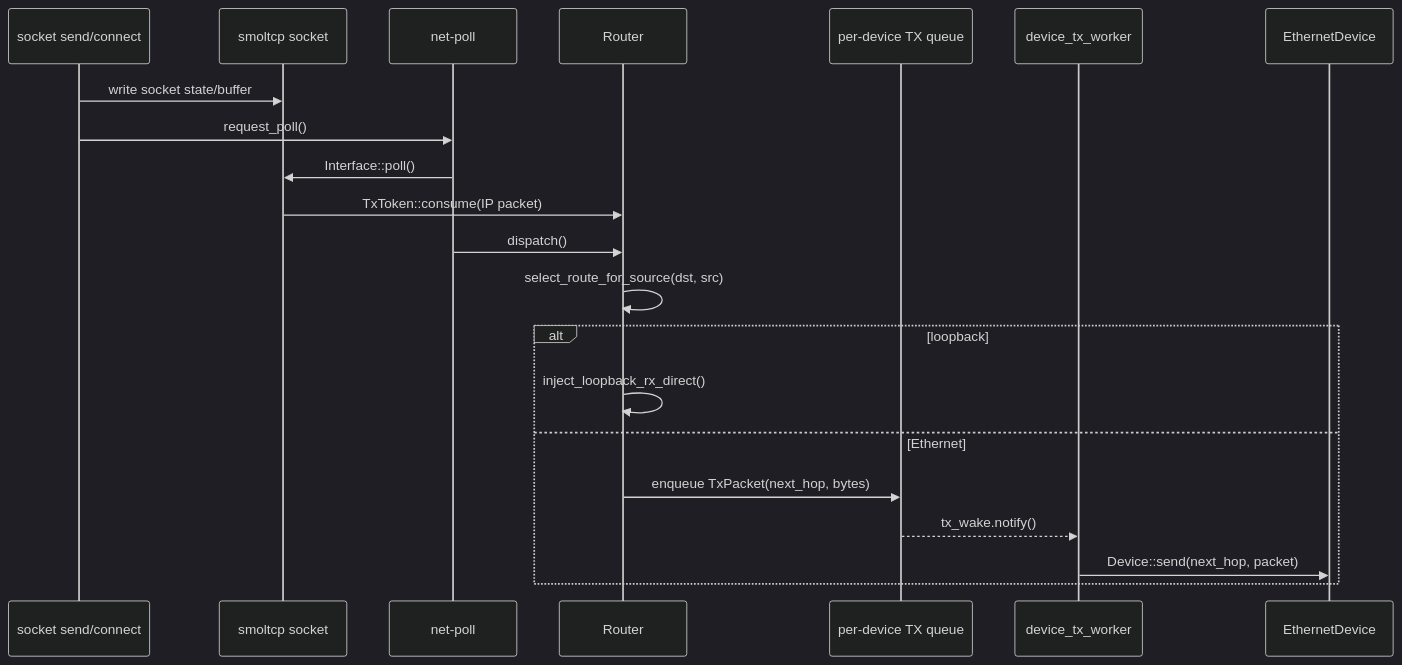
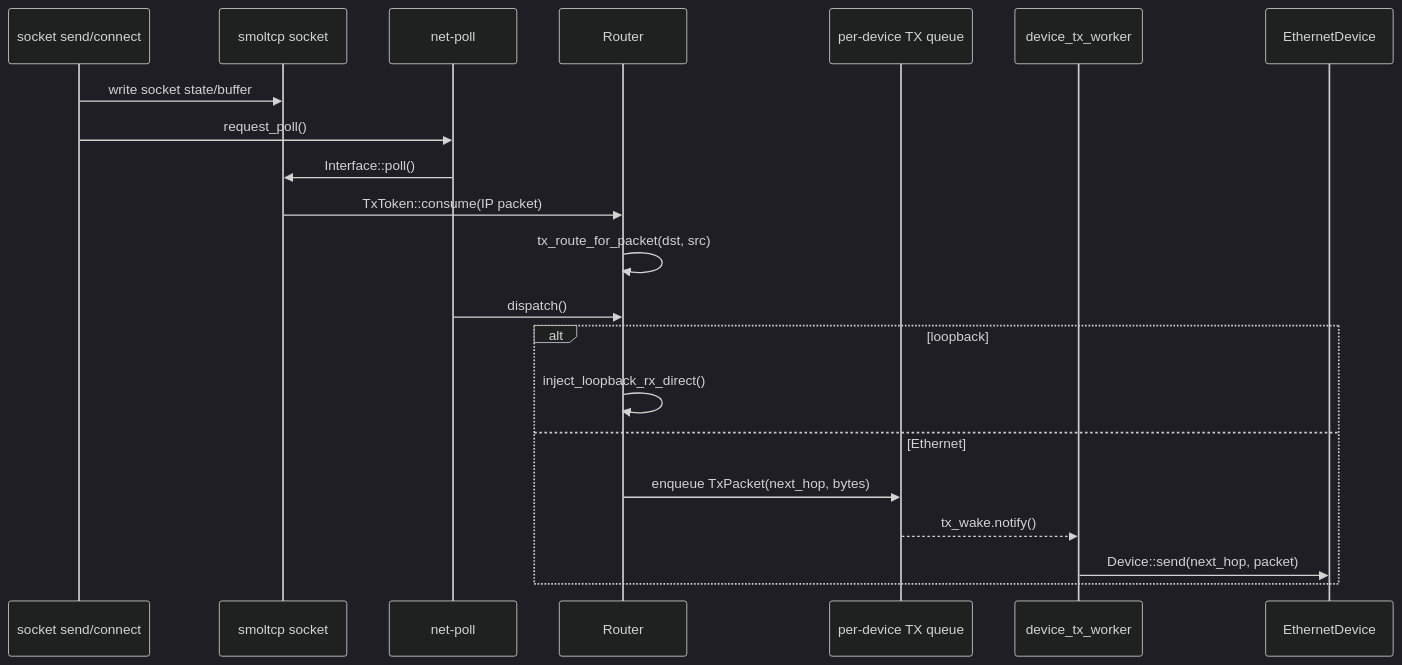
The fourth of 4 diagrams in docs/docs/architecture/net/flows.md (rcore-os/tgoskits), drawn with Mermaid (dark theme) before and after one commit. The commit also changed other lines of this file and 19 other files, not shown here.

````diff
--- a/docs/docs/architecture/net/flows.md
+++ b/docs/docs/architecture/net/flows.md
@@ -255,24 +256,24 @@
 ```mermaid
 sequenceDiagram
     participant App as socket send/connect
     participant Smol as smoltcp socket
     participant Poll as net-poll
     participant Router as Router
     participant TxQ as per-device TX queue
     participant TxW as device_tx_worker
     participant Dev as EthernetDevice
 
     App->>Smol: write socket state/buffer
     App->>Poll: request_poll()
     Poll->>Smol: Interface::poll()
     Smol->>Router: TxToken::consume(IP packet)
+    Router->>Router: tx_route_for_packet(dst, src)
     Poll->>Router: dispatch()
-    Router->>Router: select_route_for_source(dst, src)
     alt loopback
         Router->>Router: inject_loopback_rx_direct()
     else Ethernet
         Router->>TxQ: enqueue TxPacket(next_hop, bytes)
         TxQ-->>TxW: tx_wake.notify()
         TxW->>Dev: Device::send(next_hop, packet)
     end
 ```
````
